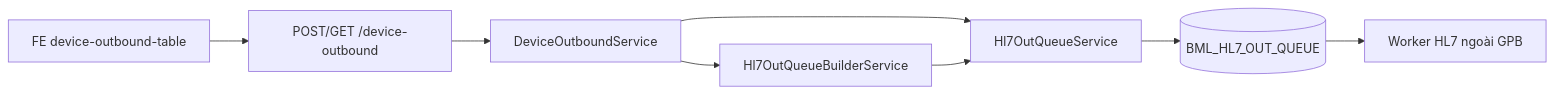
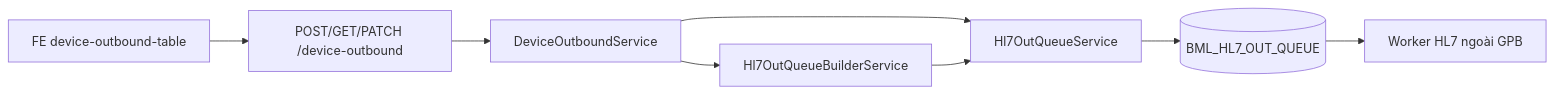
The diagram in docs/ket-noi-may-hl7-out-queue.md (thainv4/gpb), drawn with Mermaid before and after one commit. The commit also changed other lines of this file and 4 other files, not shown here.

````diff
--- a/docs/ket-noi-may-hl7-out-queue.md
+++ b/docs/ket-noi-may-hl7-out-queue.md
@@ -42,16 +44,16 @@
 ```mermaid
 flowchart LR
   FE[FE device-outbound-table]
-  API[POST/GET /device-outbound]
+  API["POST/GET/PATCH /device-outbound"]
   DOS[DeviceOutboundService]
   Builder[Hl7OutQueueBuilderService]
   Hl7Svc[Hl7OutQueueService]
   DB[(BML_HL7_OUT_QUEUE)]
   Worker[Worker HL7 ngoài GPB]
   FE --> API --> DOS
   DOS --> Builder
   DOS --> Hl7Svc
   Builder --> Hl7Svc
   Hl7Svc --> DB
   DB --> Worker
 ```
````
